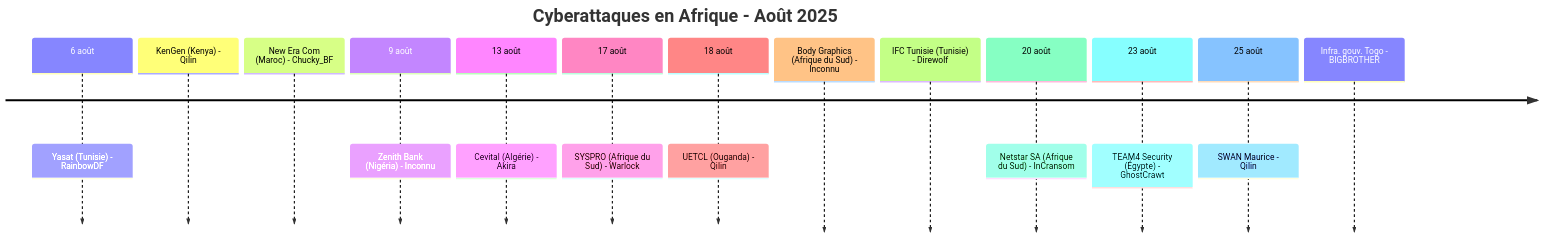
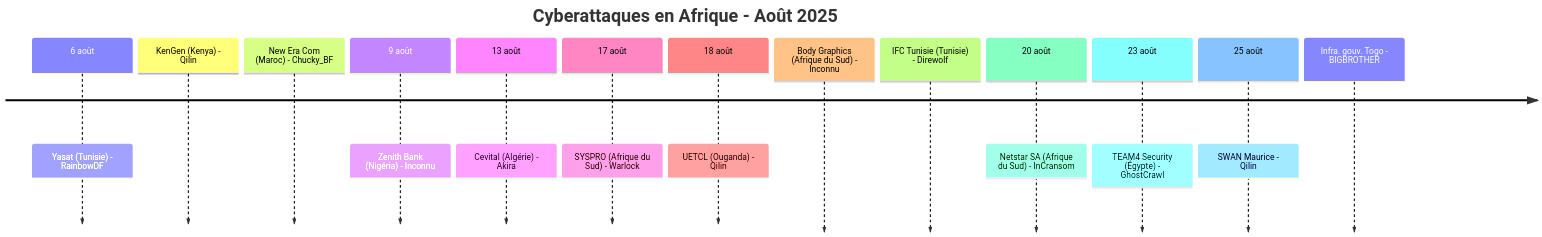
Before and after one commit to Hatchepsoute/AFRINTEL: the first of 4 diagrams in CyberAttackAfrica/2025/08-august/report/README_FR.md, drawn with Mermaid. The commit also changed other lines of this file and 255 other files, not shown here.

````diff
--- a/CyberAttackAfrica/2025/08-august/report/README_FR.md
+++ b/CyberAttackAfrica/2025/08-august/report/README_FR.md
@@ -44,17 +44,17 @@
 ```mermaid
 timeline
     title Cyberattaques en Afrique - Août 2025
     6 août : Yasat (Tunisie) - RainbowDF
              KenGen (Kenya) - Qilin
              New Era Com (Maroc) - Chucky_BF
     9 août : Zenith Bank (Nigéria) - Inconnu
     13 août : Cevital (Algérie) - Akira
     17 août : SYSPRO (Afrique du Sud) - Warlock
     18 août : UETCL (Ouganda) - Qilin
               Body Graphics (Afrique du Sud) - Inconnu
               IFC Tunisie (Tunisie) - Direwolf
     20 août : Netstar SA (Afrique du Sud) - InCransom
-    23 août : TEAM4 Security (Égypte) - GhostCrawt
+    23 août : TEAM4 Security (Égypte) - GhostCrawl
     25 août : SWAN Maurice - Qilin
               Infra. gouv. Togo - BIGBROTHER
 ```
````
